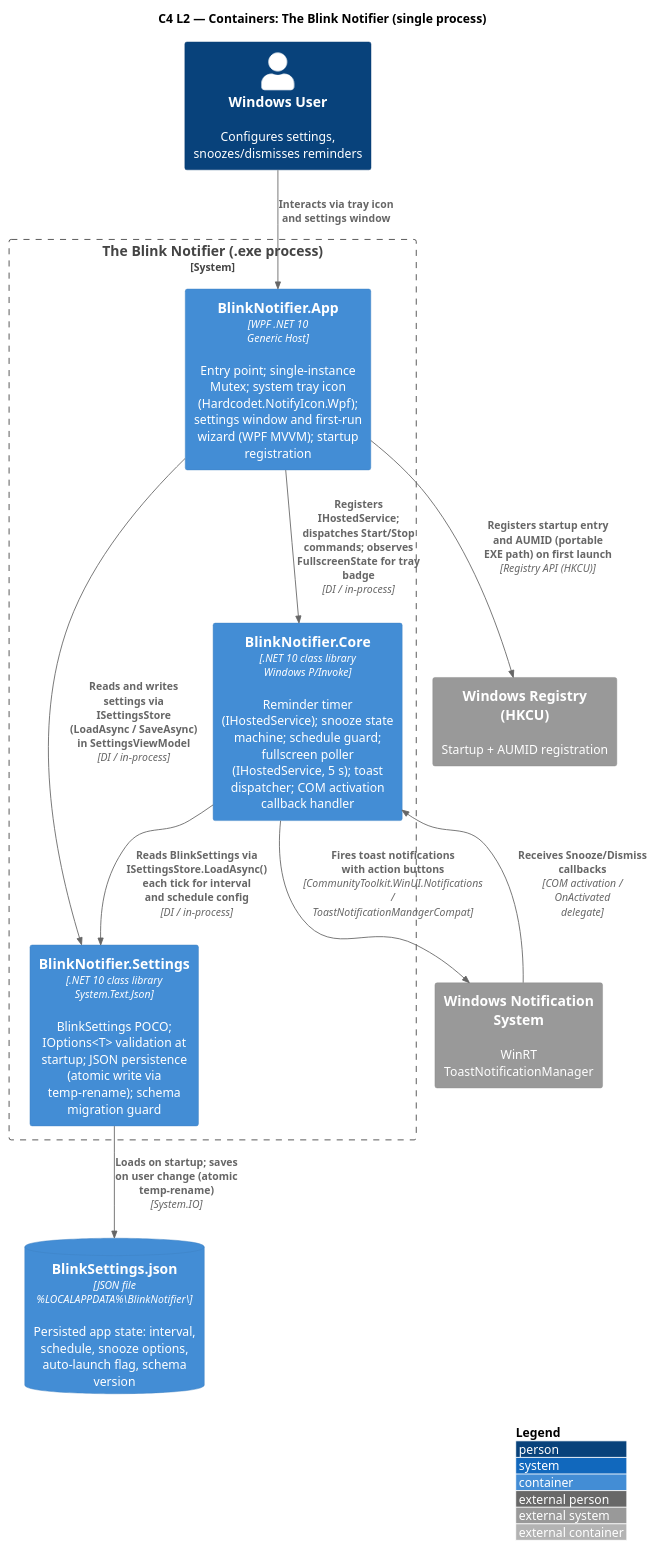
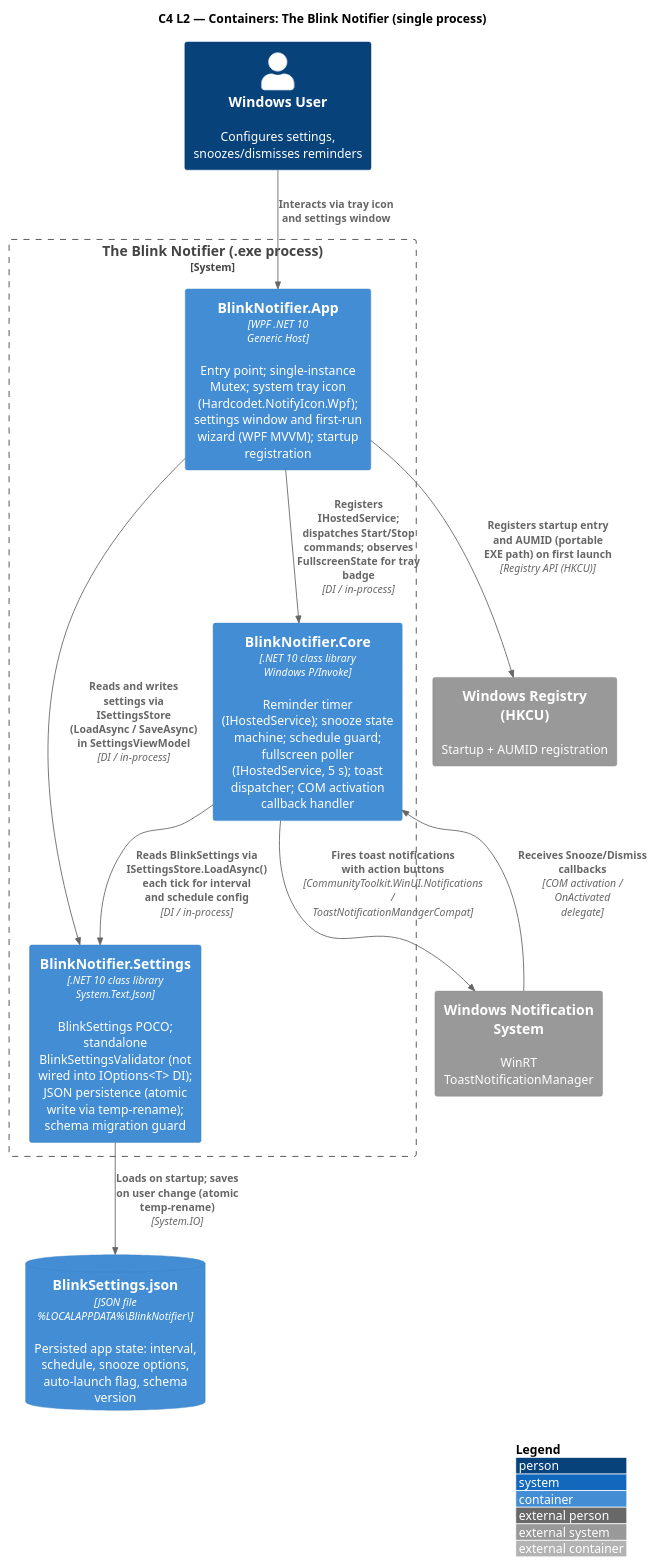
Before and after one commit to abrahamFerga/the-blink-notifier: the diagram in docs/diagrams/c2-containers.puml, drawn with PlantUML. The commit also changed 2 other files, not shown here.

Commit message:
docs: remove stale IOptions<T> references from all three architecture docs
BlinkSettingsValidator is not wired into the IOptions<T> DI pipeline at
startup (ADR-0013); ReminderTimerService reads settings via
ISettingsStore.LoadAsync() not IOptions<BlinkSettings>. Corrected the
container description in ARCH.md, the C2 diagram, and both the external
container description and the Rel label in the C3 diagram.

```diff
--- a/docs/diagrams/c2-containers.puml
+++ b/docs/diagrams/c2-containers.puml
@@ -1,34 +1,34 @@
 @startuml c2-containers
 !include https://raw.githubusercontent.com/plantuml-stdlib/C4-PlantUML/master/C4_Container.puml
 
 LAYOUT_WITH_LEGEND()
 
 title C4 L2 — Containers: The Blink Notifier (single process)
 
 Person(user, "Windows User", "Configures settings, snoozes/dismisses reminders")
 
 System_Boundary(blink, "The Blink Notifier (.exe process)") {
 
     Container(app, "BlinkNotifier.App", "WPF .NET 10\nGeneric Host", "Entry point; single-instance Mutex; system tray icon (Hardcodet.NotifyIcon.Wpf); settings window and first-run wizard (WPF MVVM); startup registration")
 
     Container(core, "BlinkNotifier.Core", ".NET 10 class library\nWindows P/Invoke", "Reminder timer (IHostedService); snooze state machine; schedule guard; fullscreen poller (IHostedService, 5 s); toast dispatcher; COM activation callback handler")
 
-    Container(settings_lib, "BlinkNotifier.Settings", ".NET 10 class library\nSystem.Text.Json", "BlinkSettings POCO; IOptions<T> validation at startup; JSON persistence (atomic write via temp-rename); schema migration guard")
+    Container(settings_lib, "BlinkNotifier.Settings", ".NET 10 class library\nSystem.Text.Json", "BlinkSettings POCO; standalone BlinkSettingsValidator (not wired into IOptions<T> DI); JSON persistence (atomic write via temp-rename); schema migration guard")
 
 }
 
 ContainerDb(settings_file, "BlinkSettings.json", "JSON file\n%LOCALAPPDATA%\\BlinkNotifier\\", "Persisted app state: interval, schedule, snooze options, auto-launch flag, schema version")
 
 System_Ext(wintoast, "Windows Notification System", "WinRT ToastNotificationManager")
 System_Ext(winreg, "Windows Registry (HKCU)", "Startup + AUMID registration")
 
 Rel(user, app, "Interacts via tray icon and settings window")
 Rel(app, core, "Registers IHostedService; dispatches Start/Stop commands; observes FullscreenState for tray badge", "DI / in-process")
 Rel(app, settings_lib, "Reads and writes settings via ISettingsStore (LoadAsync / SaveAsync) in SettingsViewModel", "DI / in-process")
 Rel(core, settings_lib, "Reads BlinkSettings via ISettingsStore.LoadAsync() each tick for interval and schedule config", "DI / in-process")
 Rel(settings_lib, settings_file, "Loads on startup; saves on user change (atomic temp-rename)", "System.IO")
 Rel(core, wintoast, "Fires toast notifications with action buttons", "CommunityToolkit.WinUI.Notifications / ToastNotificationManagerCompat")
 Rel_Back(core, wintoast, "Receives Snooze/Dismiss callbacks", "COM activation / OnActivated delegate")
 Rel(app, winreg, "Registers startup entry and AUMID (portable EXE path) on first launch", "Registry API (HKCU)")
 
 @enduml
```
